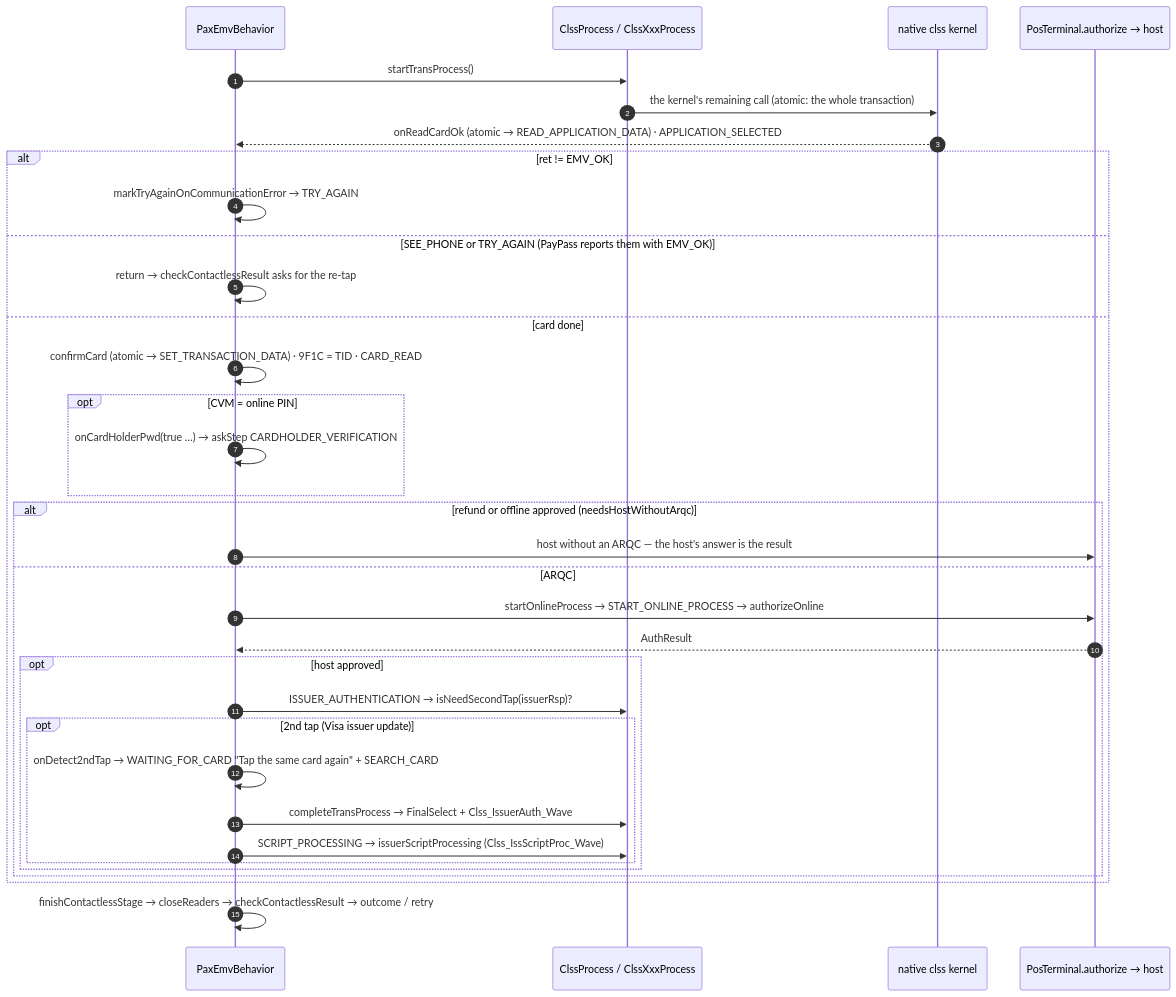
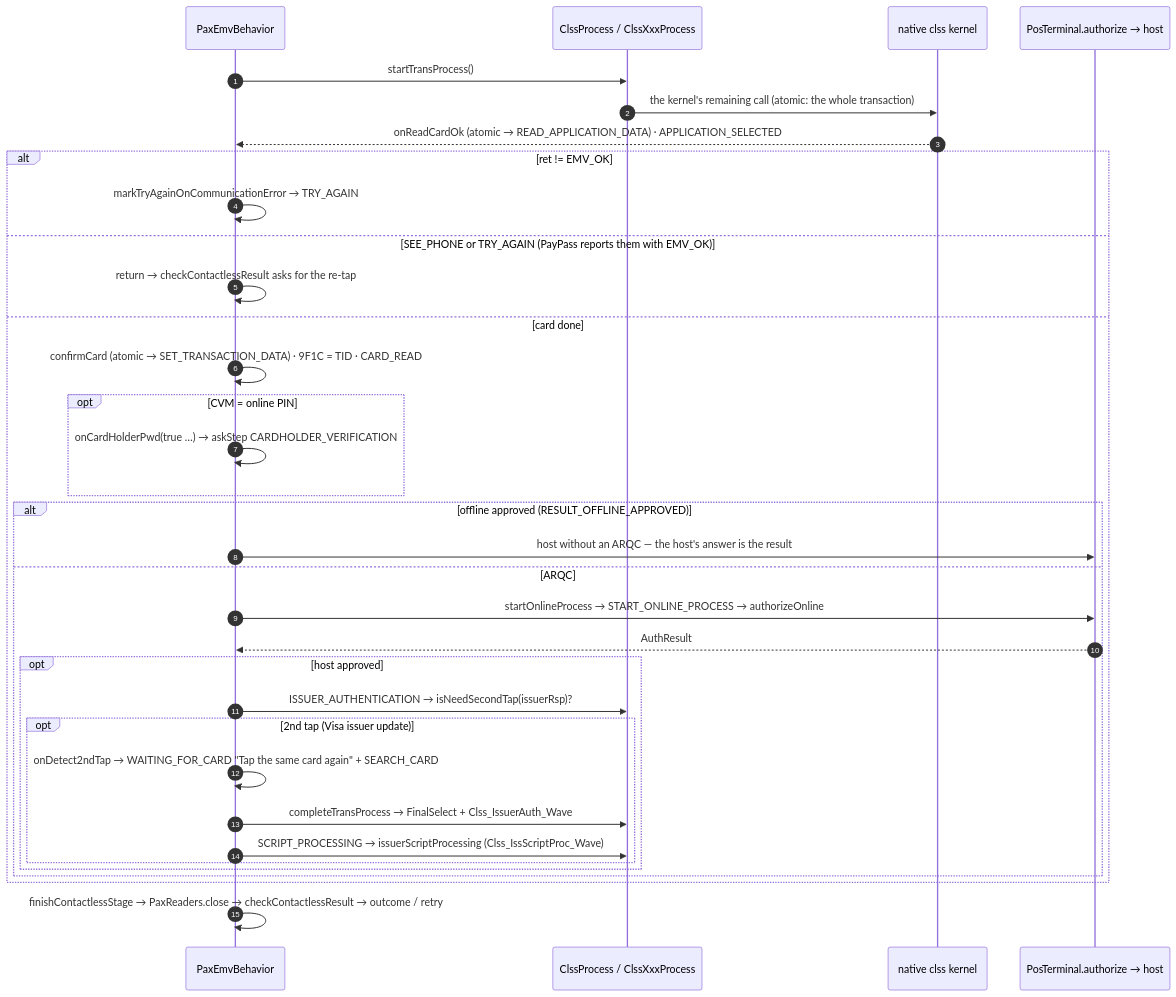
Before and after one commit to berothomas33/esaylinkrefactor: the tenth of 11 diagrams in doc/REFERENCE.md, drawn with Mermaid. The commit also changed other lines of this file and 3 other files, not shown here.

````diff
--- a/doc/REFERENCE.md
+++ b/doc/REFERENCE.md
@@ -991,36 +991,36 @@
 ```mermaid
 sequenceDiagram
   autonumber
   participant B as PaxEmvBehavior
   participant P as ClssProcess / ClssXxxProcess
   participant K as native clss kernel
   participant H as PosTerminal.authorize → host
   B->>P: startTransProcess()
   P->>K: the kernel's remaining call (atomic: the whole transaction)
   K-->>B: onReadCardOk (atomic → READ_APPLICATION_DATA) · APPLICATION_SELECTED
   alt ret != EMV_OK
     B->>B: markTryAgainOnCommunicationError → TRY_AGAIN
   else SEE_PHONE or TRY_AGAIN (PayPass reports them with EMV_OK)
     B->>B: return → checkContactlessResult asks for the re-tap
   else card done
     B->>B: confirmCard (atomic → SET_TRANSACTION_DATA) · 9F1C = TID · CARD_READ
     opt CVM = online PIN
       B->>B: onCardHolderPwd(true …) → askStep CARDHOLDER_VERIFICATION
     end
-    alt refund or offline approved (needsHostWithoutArqc)
+    alt offline approved (RESULT_OFFLINE_APPROVED)
       B->>H: host without an ARQC — the host's answer is the result
     else ARQC
       B->>H: startOnlineProcess → START_ONLINE_PROCESS → authorizeOnline
       H-->>B: AuthResult
       opt host approved
         B->>P: ISSUER_AUTHENTICATION → isNeedSecondTap(issuerRsp)?
         opt 2nd tap (Visa issuer update)
           B->>B: onDetect2ndTap → WAITING_FOR_CARD "Tap the same card again" + SEARCH_CARD
           B->>P: completeTransProcess → FinalSelect + Clss_IssuerAuth_Wave
           B->>P: SCRIPT_PROCESSING → issuerScriptProcessing (Clss_IssScriptProc_Wave)
         end
       end
     end
   end
-  B->>B: finishContactlessStage → closeReaders → checkContactlessResult → outcome / retry
+  B->>B: finishContactlessStage → PaxReaders.close → checkContactlessResult → outcome / retry
 ```
````
